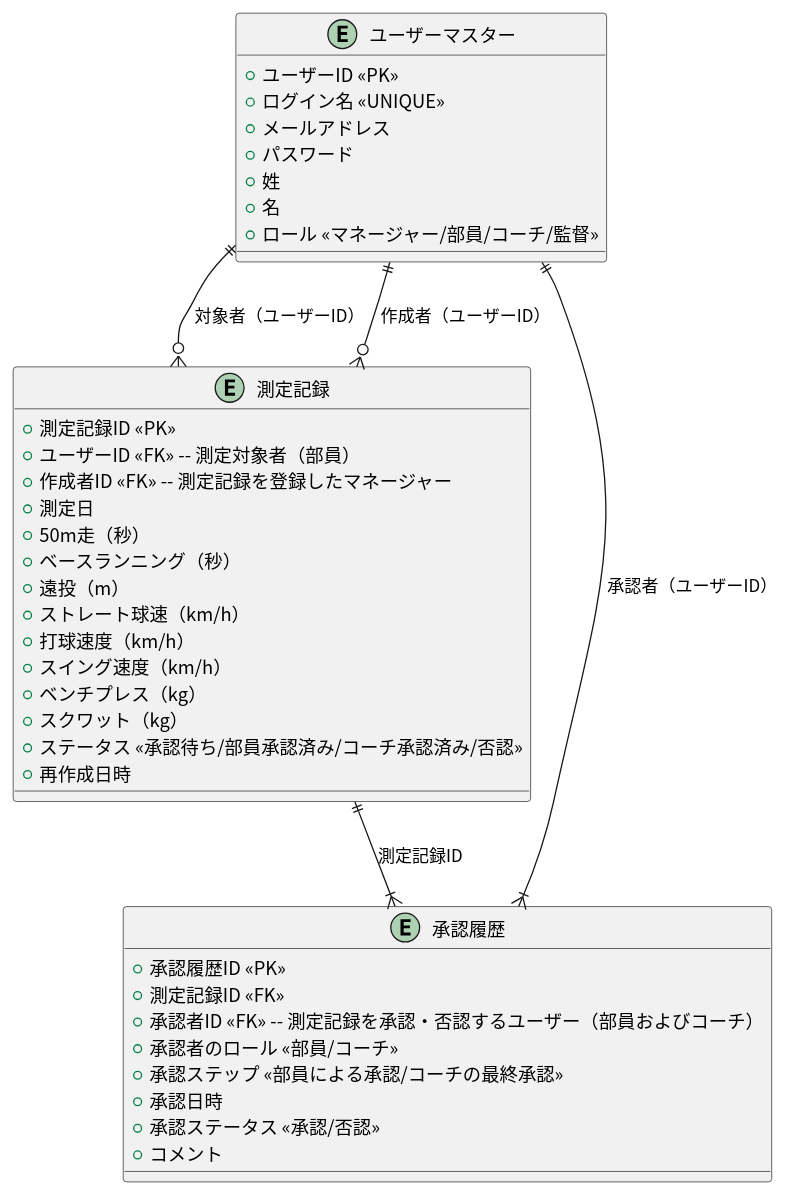
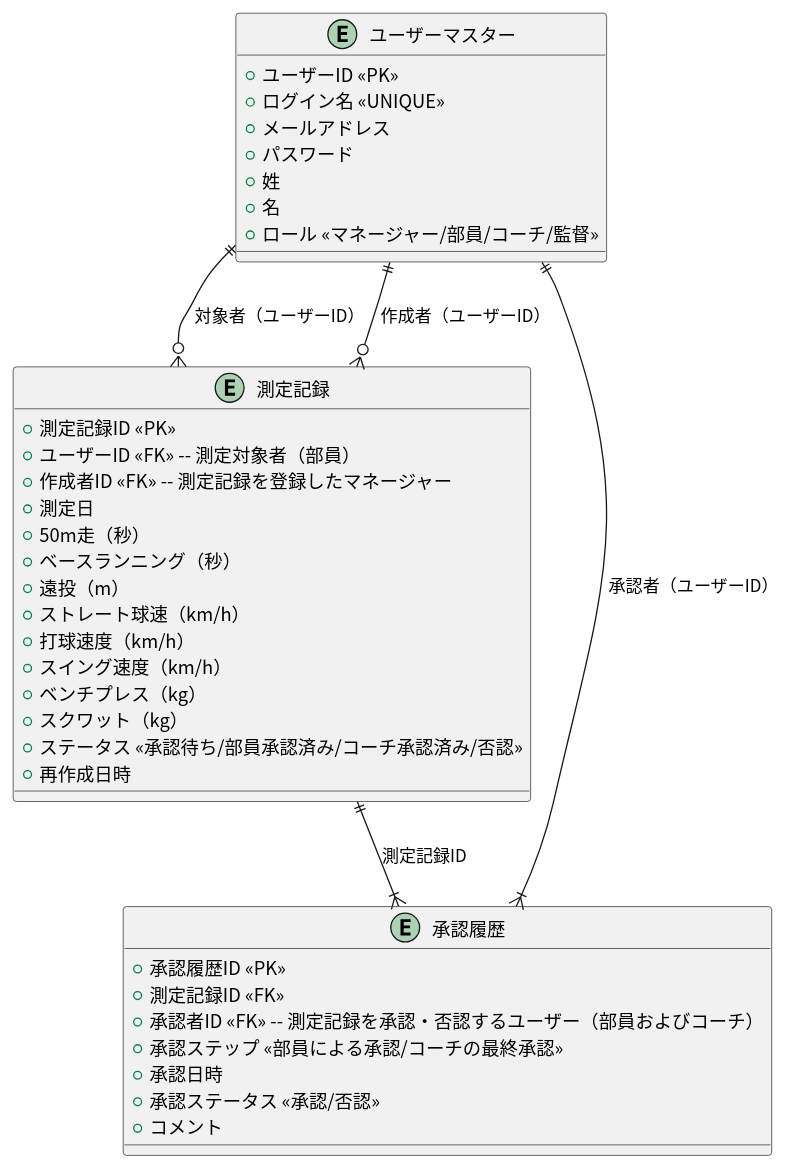
Before and after one commit to tomoki-shiozaki/baseball-talent-management-app: the diagram in doc/ER/ER_diagram.pu, drawn with PlantUML. The commit also changed 1 other file, not shown here.

Commit message:
docs(ER): update ER diagram

```diff
--- a/doc/ER/ER_diagram.pu
+++ b/doc/ER/ER_diagram.pu
@@ -1,47 +1,46 @@
 @startuml ER
 skinparam defaultFontName "Noto Sans CJK JP"
 entity "ユーザーマスター" as User {
   +ユーザーID <<PK>>
   +ログイン名 <<UNIQUE>>
   +メールアドレス
   +パスワード
   + 姓
   + 名
   +ロール <<マネージャー/部員/コーチ/監督>>
 }
 
 entity "測定記録" as Measurement {
   +測定記録ID <<PK>>
   +ユーザーID <<FK>> -- 測定対象者（部員）
   +作成者ID <<FK>> -- 測定記録を登録したマネージャー
   +測定日
   +50m走（秒）
   +ベースランニング（秒）
   +遠投（m）
   +ストレート球速（km/h）
   +打球速度（km/h）
   +スイング速度（km/h）
   +ベンチプレス（kg）
   +スクワット（kg）
   +ステータス <<承認待ち/部員承認済み/コーチ承認済み/否認>>
   +再作成日時
 }
 
 entity "承認履歴" as MeasurementApproval {
   +承認履歴ID <<PK>>
   +測定記録ID <<FK>> 
   +承認者ID <<FK>> -- 測定記録を承認・否認するユーザー（部員およびコーチ）
-  +承認者のロール <<部員/コーチ>>
   +承認ステップ <<部員による承認/コーチの最終承認>>
   +承認日時
   +承認ステータス <<承認/否認>>
   +コメント
 }
 
 User ||--o{ Measurement : 対象者（ユーザーID）
 User ||--o{ Measurement : 作成者（ユーザーID）
 
 Measurement ||--|{ MeasurementApproval : 測定記録ID
 User ||--|{ MeasurementApproval : 承認者（ユーザーID）
 
 @enduml
```
